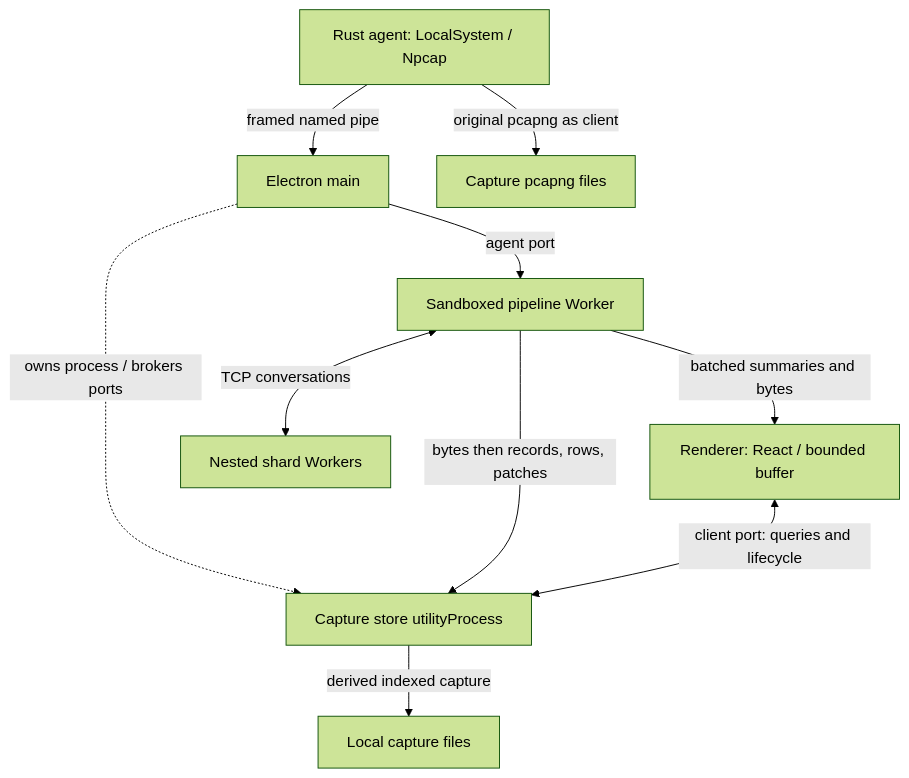
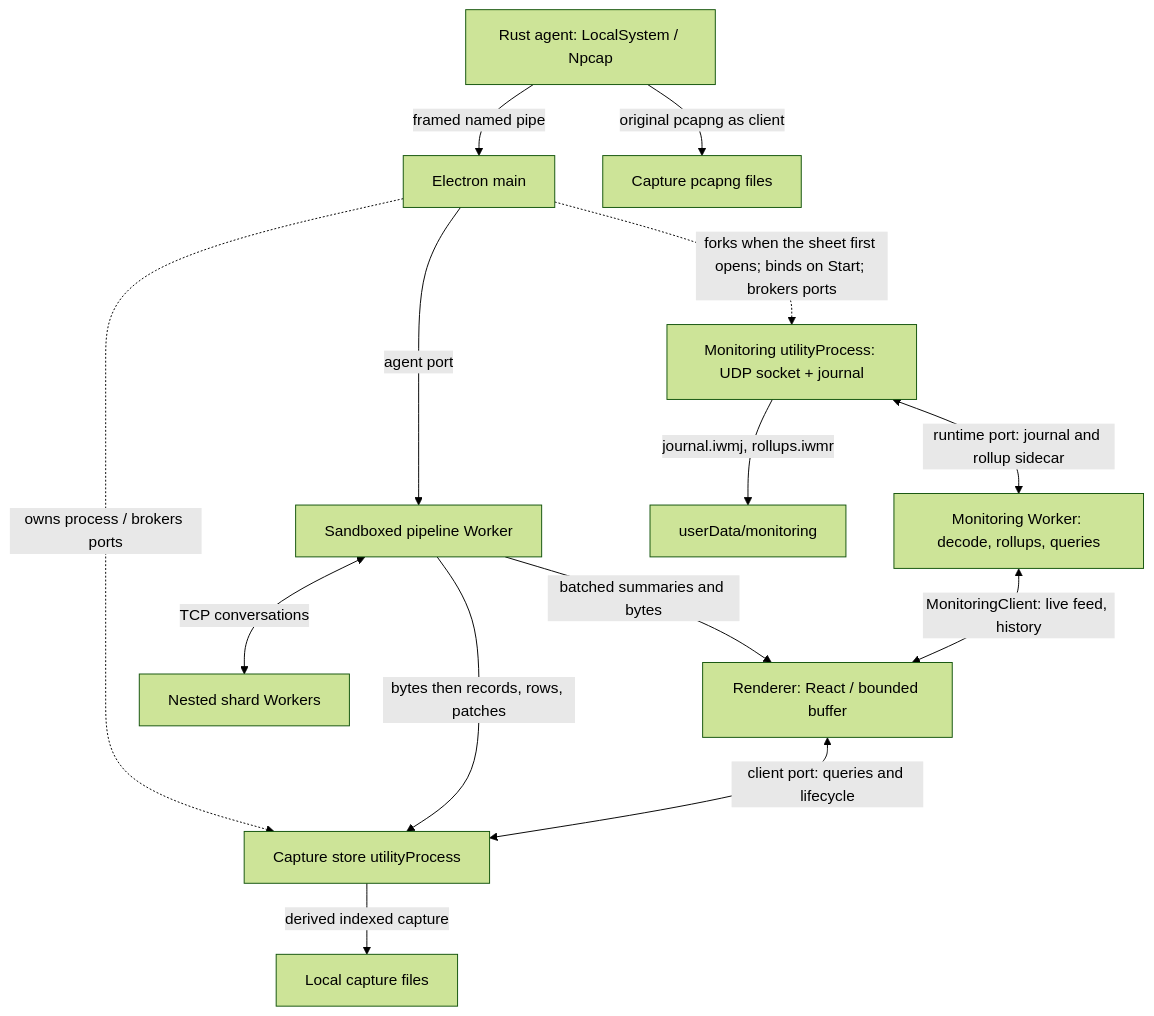
Before and after one commit to Doofess/Inwire: the diagram in docs/architecture.md, drawn with Mermaid (forest theme). The commit also changed other lines of this file and 6 other files, not shown here.

First line of the commit message:
Document monitoring in the architecture, testing and verification guides

````diff
--- a/docs/architecture.md
+++ b/docs/architecture.md
@@ -18,12 +18,16 @@
 ```mermaid
 flowchart TD
   agent["Rust agent: LocalSystem / Npcap"] -->|framed named pipe| main["Electron main"]
   agent -->|original pcapng as client| original["Capture pcapng files"]
   main -->|agent port| pipeline["Sandboxed pipeline Worker"]
   main -.->|owns process / brokers ports| store["Capture store utilityProcess"]
   pipeline -->|bytes then records, rows, patches| store
   pipeline -->|batched summaries and bytes| ui["Renderer: React / bounded buffer"]
   ui <-->|client port: queries and lifecycle| store
   pipeline <-->|TCP conversations| shards["Nested shard Workers"]
   store -->|derived indexed capture| disk["Local capture files"]
+  main -.->|forks when the sheet first opens; binds on Start; brokers ports| mon["Monitoring utilityProcess: UDP socket + journal"]
+  mon <-->|runtime port: journal and rollup sidecar| mw["Monitoring Worker: decode, rollups, queries"]
+  mw <-->|MonitoringClient: live feed, history| ui
+  mon -->|journal.iwmj, rollups.iwmr| mdisk["userData/monitoring"]
 ```
````
